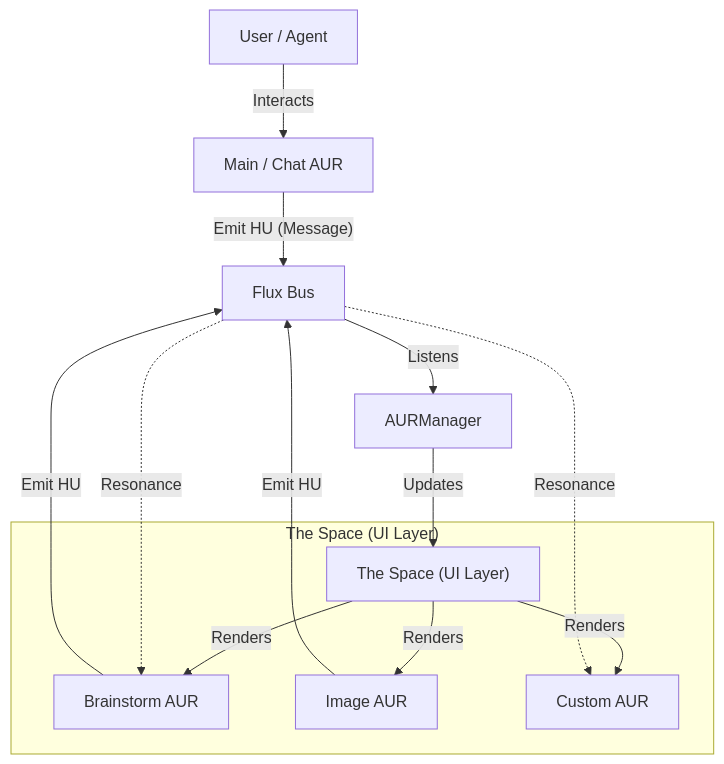
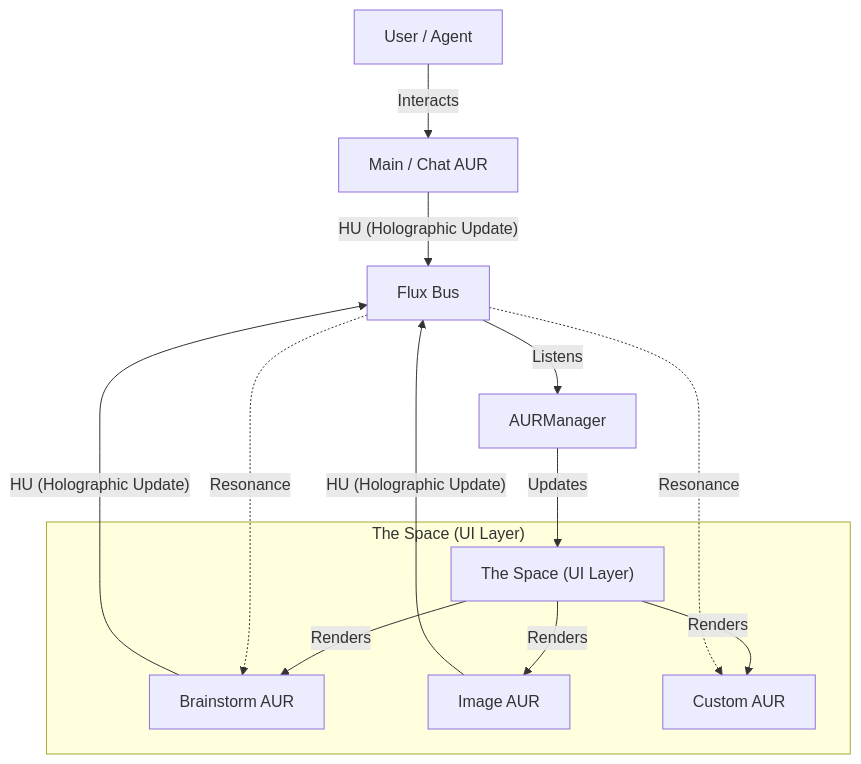
One commit to bahadiri/Aura changed the diagram in documents/Architecture.md. Above: the diagram before and after it, drawn with Mermaid.

Commit message:
docs: simplify diagram terminology to HU (Holographic Update)

````diff
--- a/documents/Architecture.md
+++ b/documents/Architecture.md
@@ -12,19 +12,19 @@
 ```mermaid
 graph TD
     User[User / Agent] -->|Interacts| MainAUR[Main / Chat AUR]
-    MainAUR -->|"Emit HU (Message)"| Flux[Flux Bus]
+    MainAUR -->|"HU (Holographic Update)"| Flux[Flux Bus]
     
     Flux -->|Listens| Manager[AURManager]
     Manager -->|Updates| Space["The Space (UI Layer)"]
     
     subgraph "The Space (UI Layer)"
         Space -->|Renders| AUR1[Brainstorm AUR]
         Space -->|Renders| AUR2[Image AUR]
         Space -->|Renders| AUR3[Custom AUR]
     end
 
-    AUR1 -->|"Emit HU"| Flux
-    AUR2 -->|"Emit HU"| Flux
+    AUR1 -->|"HU (Holographic Update)"| Flux
+    AUR2 -->|"HU (Holographic Update)"| Flux
     Flux -.->|Resonance| AUR3
     Flux -.->|Resonance| AUR1
 ```
````
